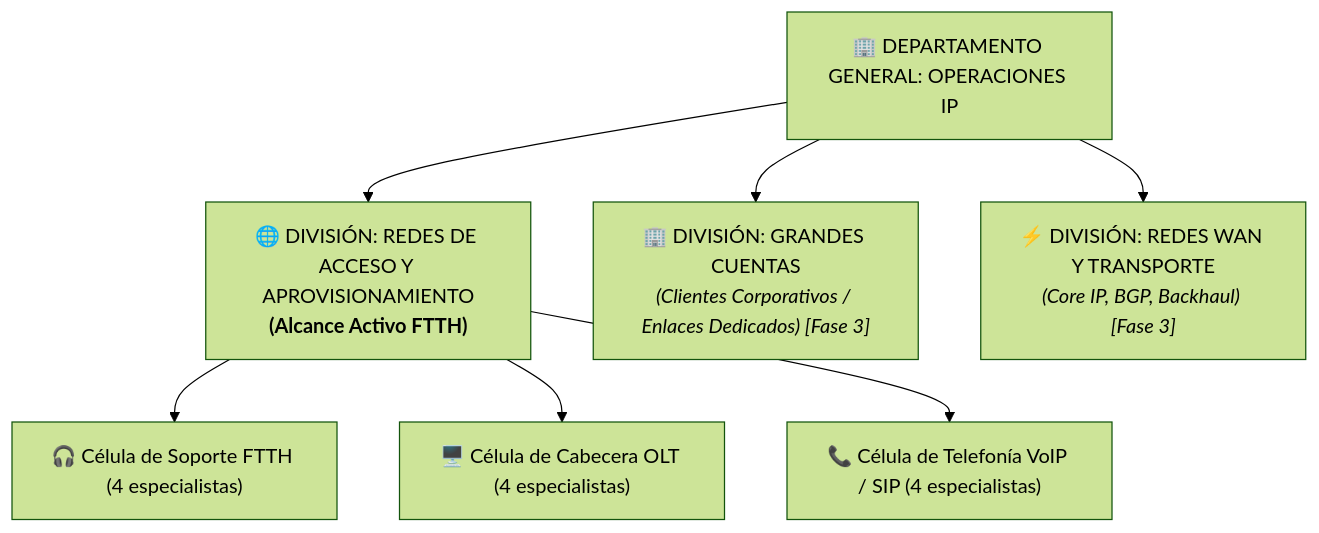
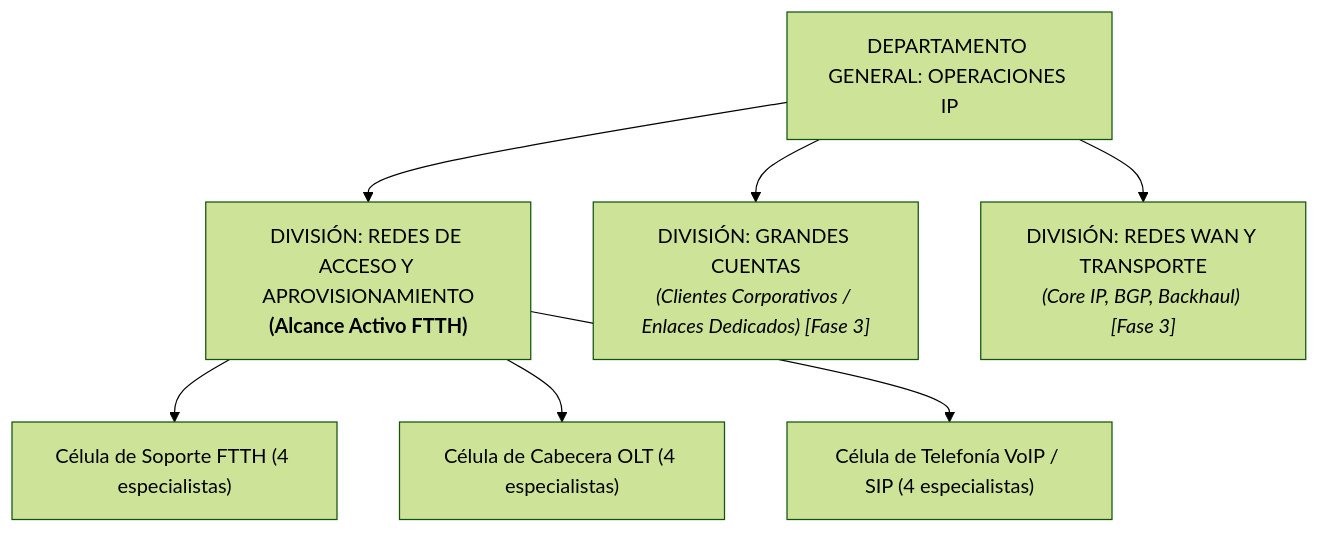
One commit to joseacorobo/PrototipoWeb_OperacionesIP changed the diagram in ROADMAP_Y_CONTROL_MODULOS.md. Above: the diagram before and after it, drawn with Mermaid (forest theme). The commit also changed other lines of this file and 8 other files, not shown here.

````diff
--- a/ROADMAP_Y_CONTROL_MODULOS.md
+++ b/ROADMAP_Y_CONTROL_MODULOS.md
@@ -10,10 +10,10 @@
 ```mermaid
 graph TD
-    A["🏢 DEPARTAMENTO GENERAL: OPERACIONES IP"] --> B["🌐 DIVISIÓN: REDES DE ACCESO Y APROVISIONAMIENTO<br><b>(Alcance Activo FTTH)</b>"]
-    A --> C["🏢 DIVISIÓN: GRANDES CUENTAS<br><i>(Clientes Corporativos / Enlaces Dedicados) [Fase 3]</i>"]
-    A --> D["⚡ DIVISIÓN: REDES WAN Y TRANSPORTE<br><i>(Core IP, BGP, Backhaul) [Fase 3]</i>"]
+    A["DEPARTAMENTO GENERAL: OPERACIONES IP"] --> B["DIVISIÓN: REDES DE ACCESO Y APROVISIONAMIENTO<br><b>(Alcance Activo FTTH)</b>"]
+    A --> C["DIVISIÓN: GRANDES CUENTAS<br><i>(Clientes Corporativos / Enlaces Dedicados) [Fase 3]</i>"]
+    A --> D["DIVISIÓN: REDES WAN Y TRANSPORTE<br><i>(Core IP, BGP, Backhaul) [Fase 3]</i>"]
 
-    B --> B1["🎧 Célula de Soporte FTTH (4 especialistas)"]
-    B --> B2["🖥️ Célula de Cabecera OLT (4 especialistas)"]
-    B --> B3["📞 Célula de Telefonía VoIP / SIP (4 especialistas)"]
+    B --> B1["Célula de Soporte FTTH (4 especialistas)"]
+    B --> B2["Célula de Cabecera OLT (4 especialistas)"]
+    B --> B3["Célula de Telefonía VoIP / SIP (4 especialistas)"]
 ```
````
